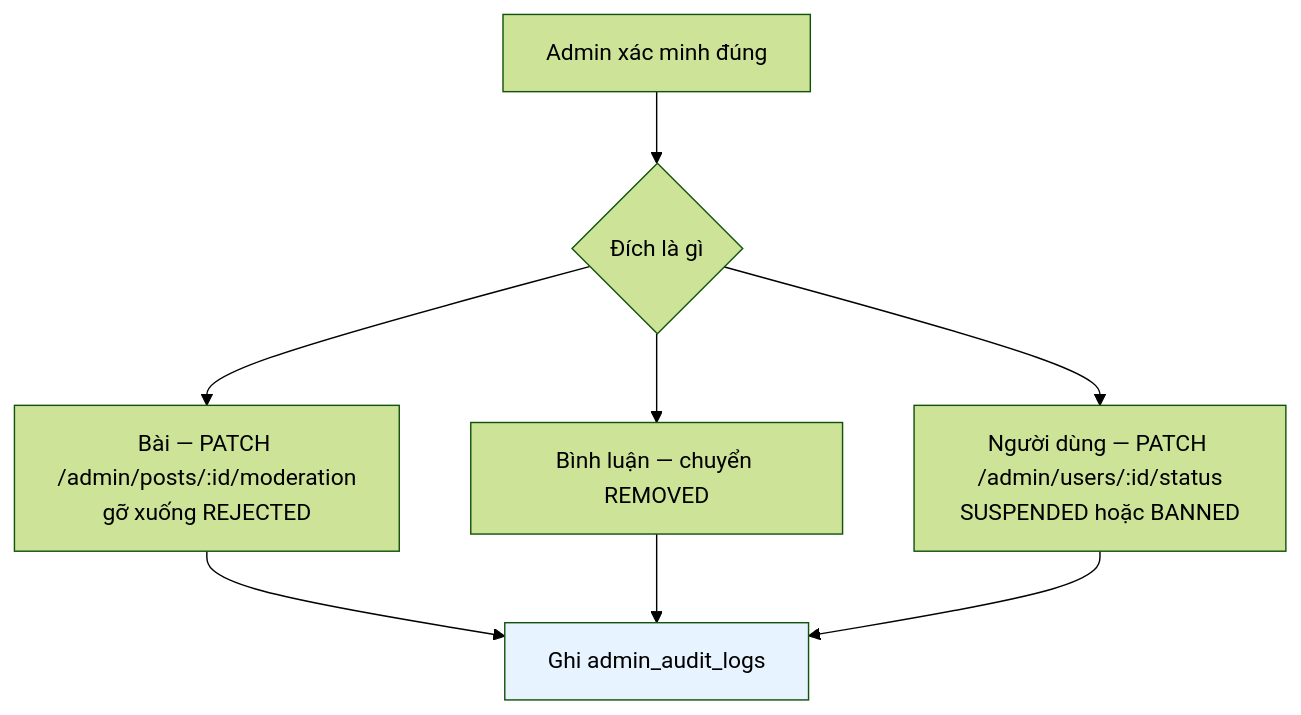
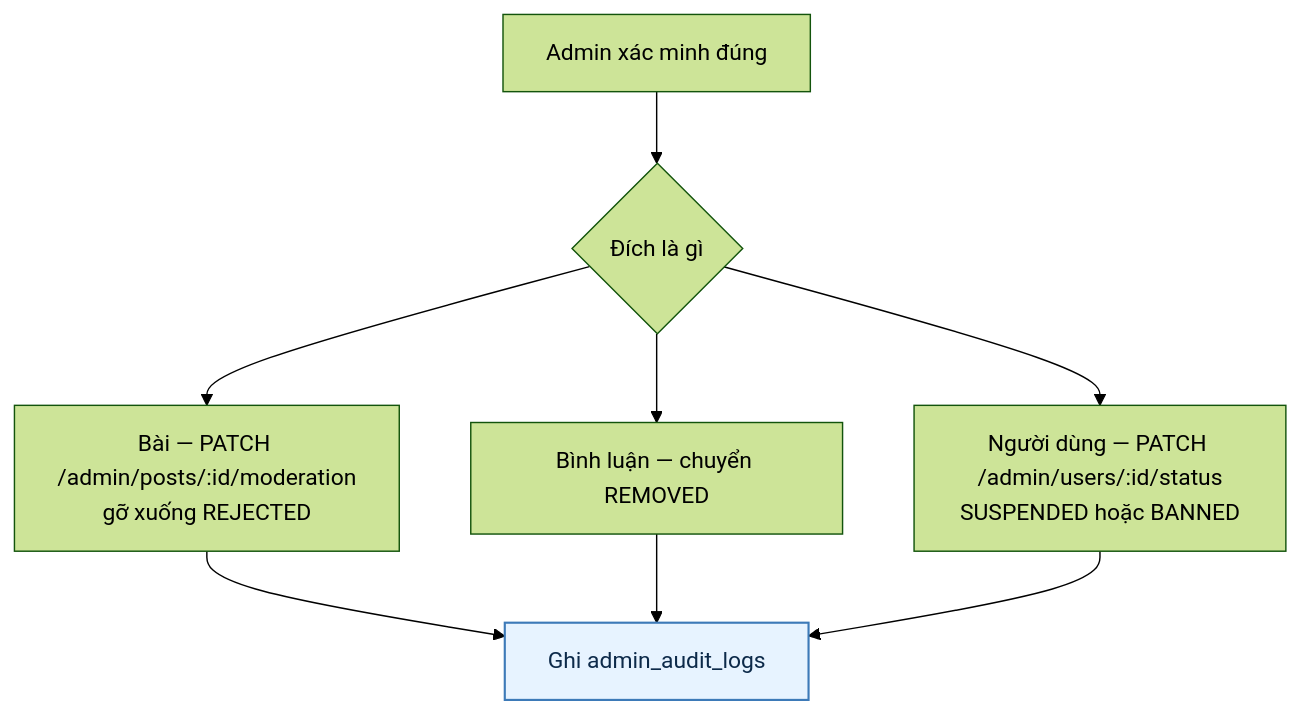
One commit to fdshn/trueheart changed the fifth of 5 diagrams in docs/diagram/15-report.md. Above: the diagram before and after it, drawn with Mermaid (forest theme). The commit also changed other lines of this file and 30 other files, not shown here.

First line of the commit message:
docs(diagram): chữ trong khối tô màu đọc được ở cả giao diện sáng và tối

````diff
--- a/docs/diagram/15-report.md
+++ b/docs/diagram/15-report.md
@@ -98,11 +98,11 @@
 ```mermaid
 flowchart TD
     A[Admin xác minh đúng] --> B{Đích là gì}
     B --> C["Bài — PATCH /admin/posts/:id/moderation<br/>gỡ xuống REJECTED"]
     B --> D["Bình luận — chuyển REMOVED"]
     B --> E["Người dùng — PATCH /admin/users/:id/status<br/>SUSPENDED hoặc BANNED"]
 
     C & D & E --> F[Ghi admin_audit_logs]
 
-    style F fill:#e7f3ff
+    style F fill:#e7f3ff,stroke:#3d7ab8,stroke-width:1.5px,color:#0d2a4a
 ```
````
